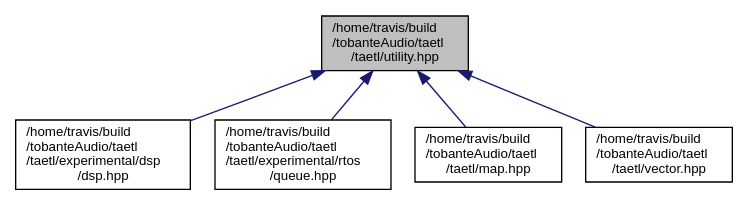
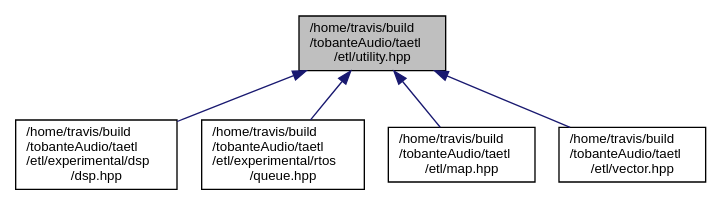
The diagram in utility_8hpp__dep__incl.dot (tobanteAudio/taetl), drawn with Graphviz before and after one commit. The commit also changed 915 other files, not shown here.

Commit message:
Deploy tobanteAudio/taetl to github.com/tobanteAudio/taetl.git:gh-pages

```diff
--- a/utility_8hpp__dep__incl.dot
+++ b/utility_8hpp__dep__incl.dot
@@ -1,14 +1,14 @@
-digraph "/home/travis/build/tobanteAudio/taetl/taetl/utility.hpp"
+digraph "/home/travis/build/tobanteAudio/taetl/etl/utility.hpp"
 {
   edge [fontname="Helvetica",fontsize="10",labelfontname="Helvetica",labelfontsize="10"];
   node [fontname="Helvetica",fontsize="10",shape=record];
-  Node10 [label="/home/travis/build\l/tobanteAudio/taetl\l/taetl/utility.hpp",height=0.2,width=0.4,color="black", fillcolor="grey75", style="filled", fontcolor="black"];
+  Node10 [label="/home/travis/build\l/tobanteAudio/taetl\l/etl/utility.hpp",height=0.2,width=0.4,color="black", fillcolor="grey75", style="filled", fontcolor="black"];
   Node10 -> Node11 [dir="back",color="midnightblue",fontsize="10",style="solid",fontname="Helvetica"];
-  Node11 [label="/home/travis/build\l/tobanteAudio/taetl\l/taetl/experimental/dsp\l/dsp.hpp",height=0.2,width=0.4,color="black", fillcolor="white", style="filled",URL="$dsp_8hpp.html"];
+  Node11 [label="/home/travis/build\l/tobanteAudio/taetl\l/etl/experimental/dsp\l/dsp.hpp",height=0.2,width=0.4,color="black", fillcolor="white", style="filled",URL="$dsp_8hpp.html"];
   Node10 -> Node12 [dir="back",color="midnightblue",fontsize="10",style="solid",fontname="Helvetica"];
-  Node12 [label="/home/travis/build\l/tobanteAudio/taetl\l/taetl/experimental/rtos\l/queue.hpp",height=0.2,width=0.4,color="black", fillcolor="white", style="filled",URL="$queue_8hpp.html"];
+  Node12 [label="/home/travis/build\l/tobanteAudio/taetl\l/etl/experimental/rtos\l/queue.hpp",height=0.2,width=0.4,color="black", fillcolor="white", style="filled",URL="$queue_8hpp.html"];
   Node10 -> Node13 [dir="back",color="midnightblue",fontsize="10",style="solid",fontname="Helvetica"];
-  Node13 [label="/home/travis/build\l/tobanteAudio/taetl\l/taetl/map.hpp",height=0.2,width=0.4,color="black", fillcolor="white", style="filled",URL="$map_8hpp.html"];
+  Node13 [label="/home/travis/build\l/tobanteAudio/taetl\l/etl/map.hpp",height=0.2,width=0.4,color="black", fillcolor="white", style="filled",URL="$map_8hpp.html"];
   Node10 -> Node14 [dir="back",color="midnightblue",fontsize="10",style="solid",fontname="Helvetica"];
-  Node14 [label="/home/travis/build\l/tobanteAudio/taetl\l/taetl/vector.hpp",height=0.2,width=0.4,color="black", fillcolor="white", style="filled",URL="$vector_8hpp.html"];
+  Node14 [label="/home/travis/build\l/tobanteAudio/taetl\l/etl/vector.hpp",height=0.2,width=0.4,color="black", fillcolor="white", style="filled",URL="$vector_8hpp.html"];
 }
```
